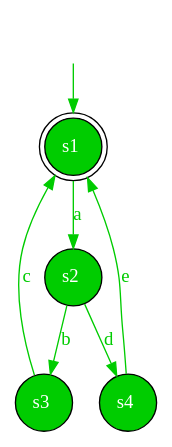
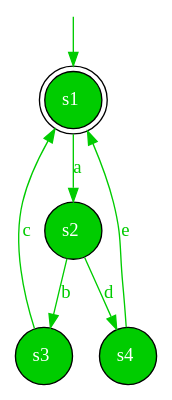
The diagram in examples/SimpleDiff/input2.dot (TNO/gLTSdiff), drawn with Graphviz before and after one commit. The commit also changed 14 other files, not shown here.

```diff
--- a/examples/SimpleDiff/input2.dot
+++ b/examples/SimpleDiff/input2.dot
@@ -1,13 +1,13 @@
 digraph diffautomaton {
 	1 [label=<s1> shape="doublecircle" fillcolor="#00cc00" fontcolor="#ffffff" style="filled"];
 	2 [label=<s2> shape="circle" fillcolor="#00cc00" fontcolor="#ffffff" style="filled"];
 	3 [label=<s3> shape="circle" fillcolor="#00cc00" fontcolor="#ffffff" style="filled"];
 	4 [label=<s4> shape="circle" fillcolor="#00cc00" fontcolor="#ffffff" style="filled"];
-	__init1 [label=<> shape="none"];
+	__init1 [label=<> shape="none" width="0" height="0"];
 	__init1 -> 1 [color="#00cc00"];
 	1 -> 2 [label=<<font color="#00cc00">a</font>> color="#00cc00" id="1-0-2"];
 	2 -> 3 [label=<<font color="#00cc00">b</font>> color="#00cc00" id="2-0-3"];
 	2 -> 4 [label=<<font color="#00cc00">d</font>> color="#00cc00" id="2-1-4"];
 	3 -> 1 [label=<<font color="#00cc00">c</font>> color="#00cc00" id="3-0-1"];
 	4 -> 1 [label=<<font color="#00cc00">e</font>> color="#00cc00" id="4-0-1"];
 }
```
